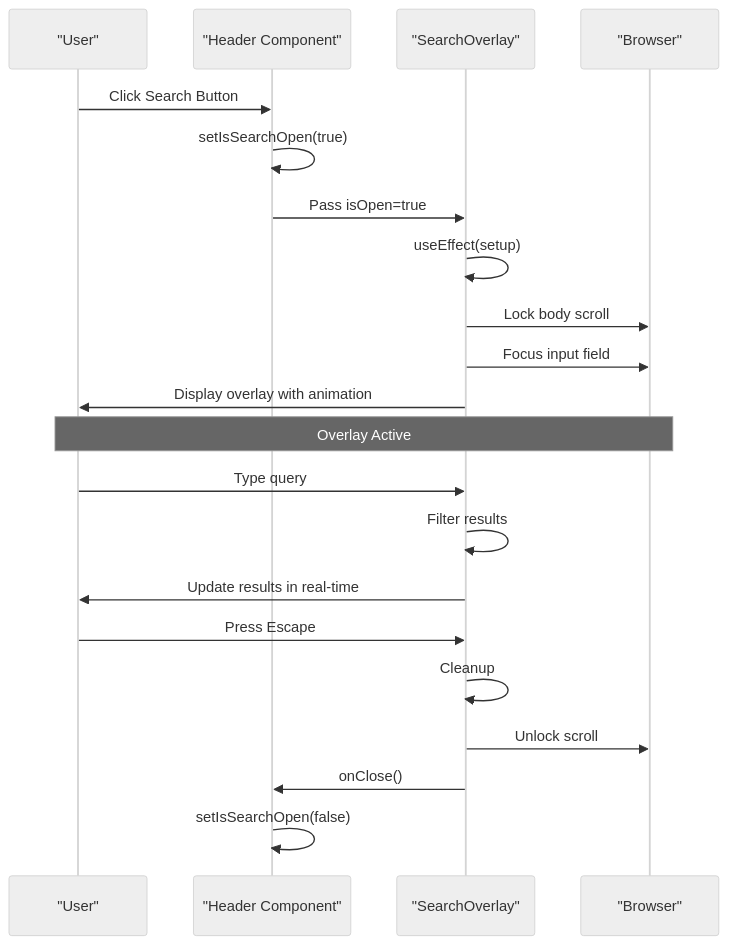
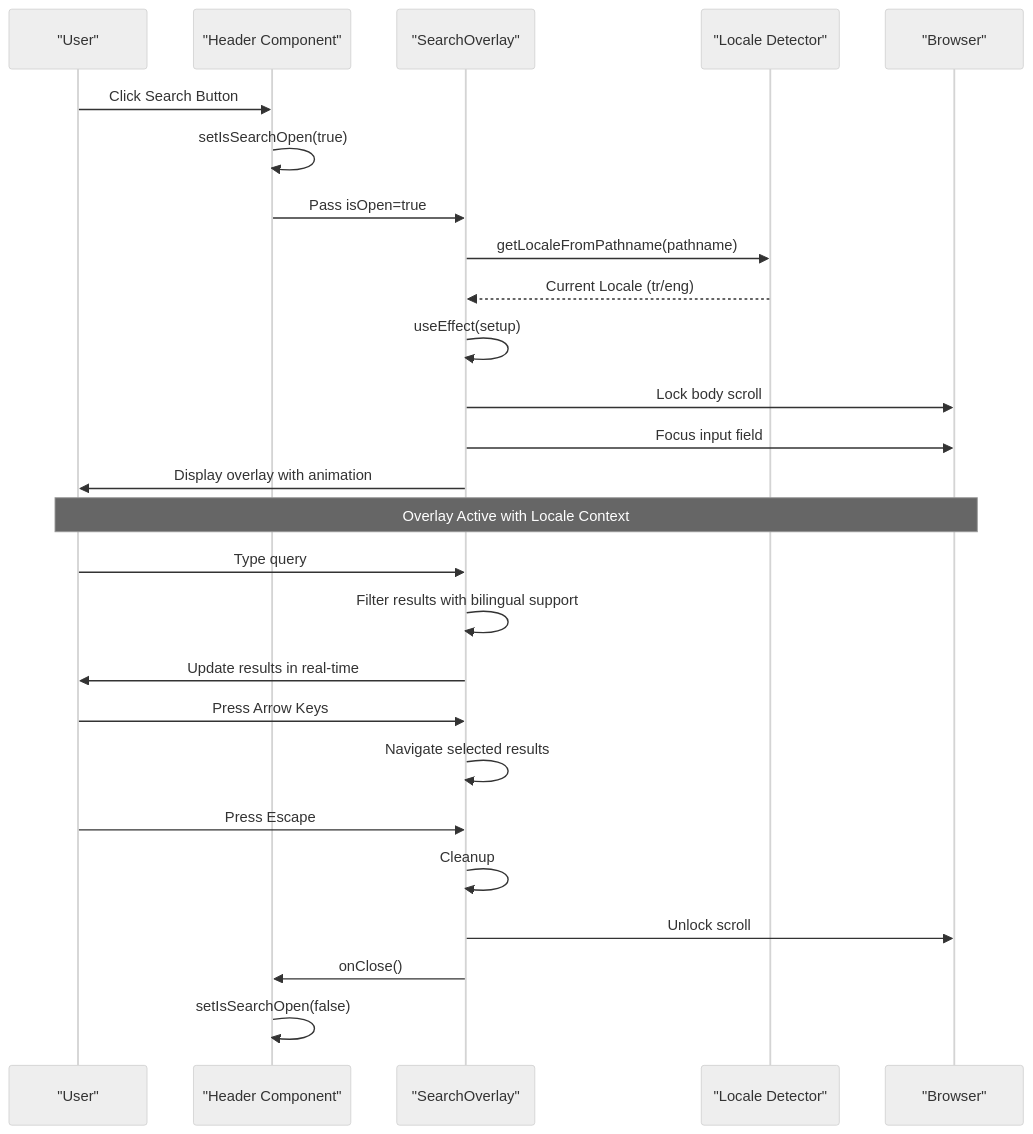
One commit to erdemerciyas/bgts changed the fifth of 10 diagrams in .qoder/repowiki/en/content/Layout & Navigation/Search Overlay System.md. Above: the diagram before and after it, drawn with Mermaid (neutral theme). The commit also changed other lines of this file and 21 other files, not shown here.

````diff
--- a/.qoder/repowiki/en/content/Layout & Navigation/Search Overlay System.md
+++ b/.qoder/repowiki/en/content/Layout & Navigation/Search Overlay System.md
@@ -252,23 +305,28 @@
 ```mermaid
 sequenceDiagram
 participant User as "User"
 participant Header as "Header Component"
 participant SearchOverlay as "SearchOverlay"
+participant LocaleDetector as "Locale Detector"
 participant Browser as "Browser"
 User->>Header : Click Search Button
 Header->>Header : setIsSearchOpen(true)
 Header->>SearchOverlay : Pass isOpen=true
+SearchOverlay->>LocaleDetector : getLocaleFromPathname(pathname)
+LocaleDetector-->>SearchOverlay : Current Locale (tr/eng)
 SearchOverlay->>SearchOverlay : useEffect(setup)
 SearchOverlay->>Browser : Lock body scroll
 SearchOverlay->>Browser : Focus input field
 SearchOverlay->>User : Display overlay with animation
-Note over User,Browser : Overlay Active
+Note over User,Browser : Overlay Active with Locale Context
 User->>SearchOverlay : Type query
-SearchOverlay->>SearchOverlay : Filter results
+SearchOverlay->>SearchOverlay : Filter results with bilingual support
 SearchOverlay->>User : Update results in real-time
+User->>SearchOverlay : Press Arrow Keys
+SearchOverlay->>SearchOverlay : Navigate selected results
 User->>SearchOverlay : Press Escape
 SearchOverlay->>SearchOverlay : Cleanup
 SearchOverlay->>Browser : Unlock scroll
 SearchOverlay->>Header : onClose()
 Header->>Header : setIsSearchOpen(false)
 ```
````
